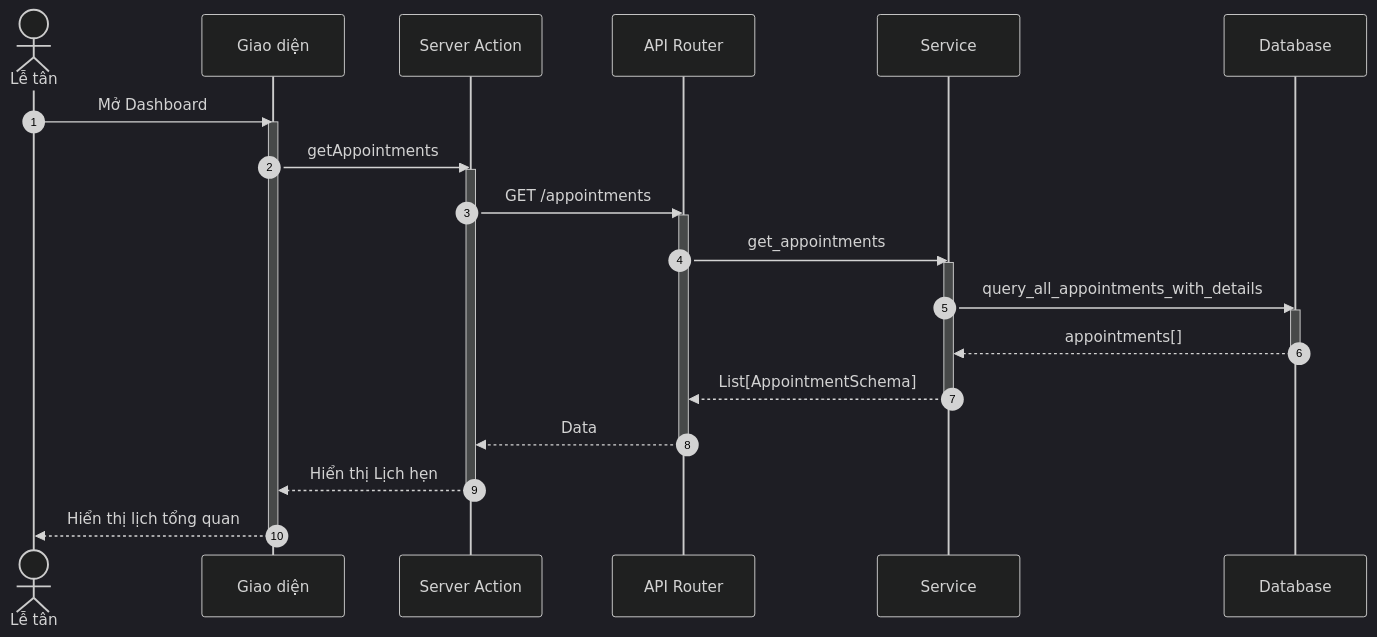
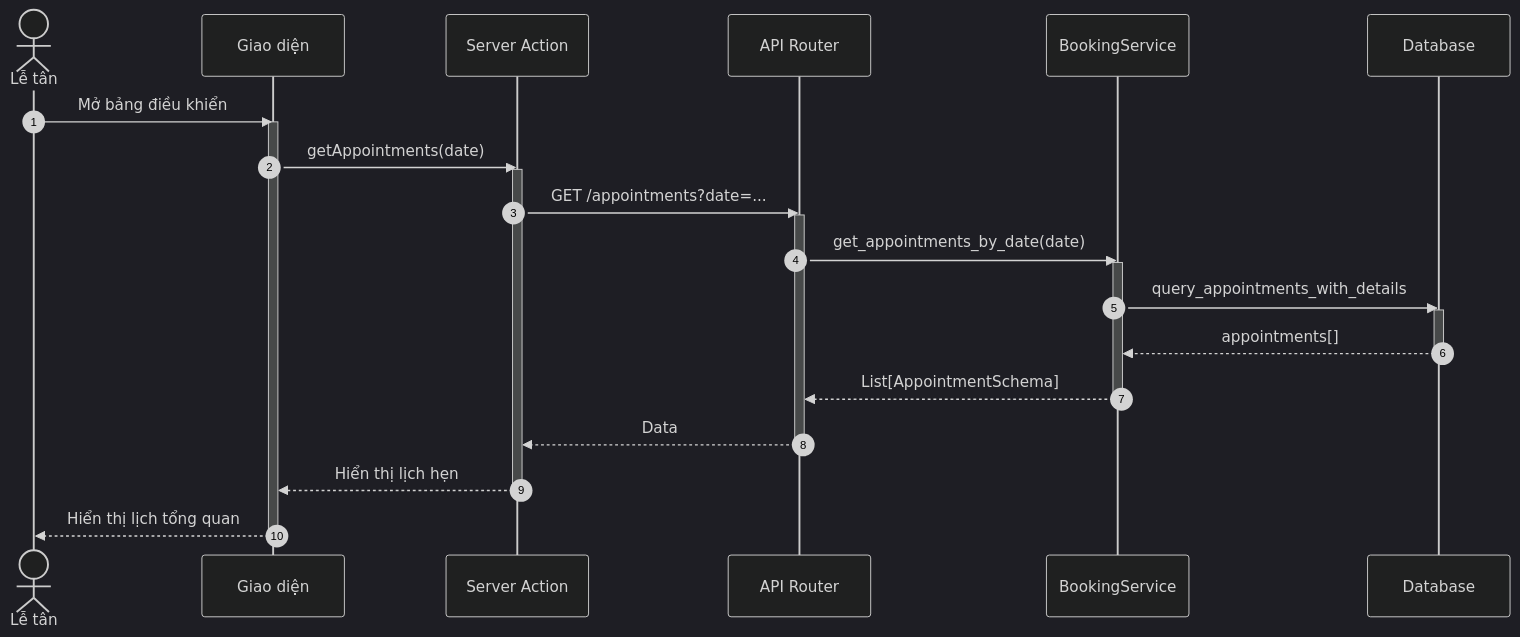
The first of 7 diagrams in docs/design/sequences/receptionist_flows.md (ngoctinn/Synapse), drawn with Mermaid (dark theme) before and after one commit. The commit also changed other lines of this file and 11 other files, not shown here.

Commit message:
docs: Add initial design documentation, including architecture, UI, use cases, and detailed sequence diagrams for various user flows.

````diff
--- a/docs/design/sequences/receptionist_flows.md
+++ b/docs/design/sequences/receptionist_flows.md
@@ -28,38 +28,38 @@
 ```mermaid
 sequenceDiagram
     autonumber
     actor LT as Lễ tân
     participant UI as Giao diện
     participant BFF as Server Action
     participant API as API Router
-    participant S as Service
+    participant S as BookingService
     participant DB as Database
 
-    LT->>UI: Mở Dashboard
+    LT->>UI: Mở bảng điều khiển
     activate UI
-    UI->>BFF: getAppointments
+    UI->>BFF: getAppointments(date)
     activate BFF
 
-    BFF->>API: GET /appointments
+    BFF->>API: GET /appointments?date=...
     activate API
 
-    API->>S: get_appointments
+    API->>S: get_appointments_by_date(date)
     activate S
 
-    S->>DB: query_all_appointments_with_details
+    S->>DB: query_appointments_with_details
     activate DB
     DB-->>S: appointments[]
     deactivate DB
 
     S-->>API: List[AppointmentSchema]
     deactivate S
 
     API-->>BFF: Data
     deactivate API
 
-    BFF-->>UI: Hiển thị Lịch hẹn
+    BFF-->>UI: Hiển thị lịch hẹn
     deactivate BFF
 
     UI-->>LT: Hiển thị lịch tổng quan
     deactivate UI
 ```
````
